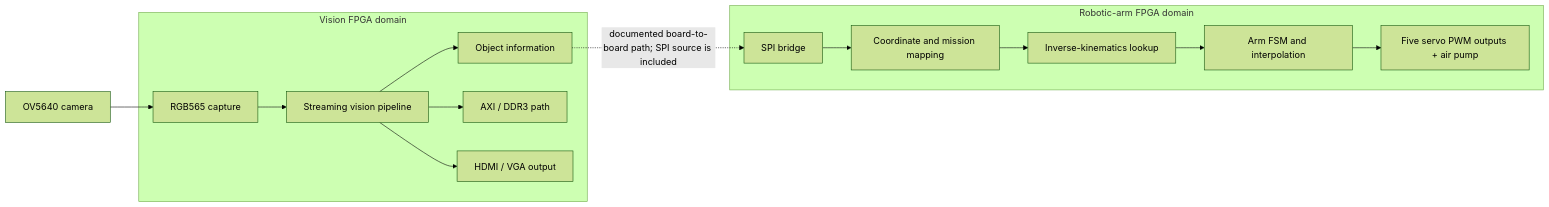
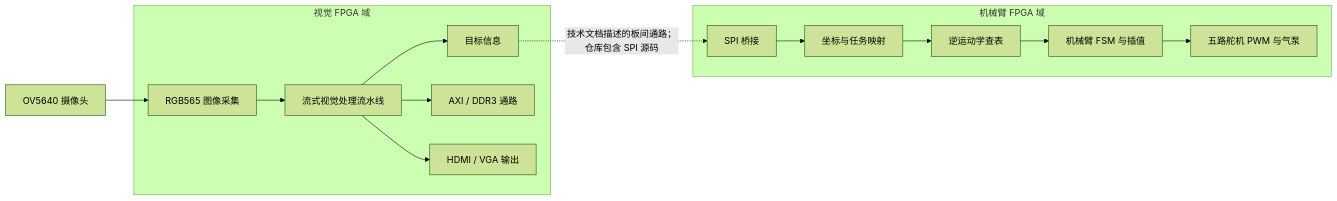
The first of 2 diagrams in README.md (WangBaren02/Image-acquisition-and-recognition-robotic-arm-analysis-and-control-system-based-on-FPGA), drawn with Mermaid (forest theme) before and after one commit. The commit also changed other lines of this file, not shown here.

````diff
--- a/README.md
+++ b/README.md
@@ -27,24 +27,24 @@
 ```mermaid
 flowchart LR
-    CAM[OV5640 camera]
-    subgraph VISION[Vision FPGA domain]
-        CAP[RGB565 capture]
-        PIPE[Streaming vision pipeline]
-        OBJ[Object information]
-        MEM[AXI / DDR3 path]
-        DISP[HDMI / VGA output]
+    CAM[OV5640 摄像头]
+    subgraph VISION[视觉 FPGA 域]
+        CAP[RGB565 图像采集]
+        PIPE[流式视觉处理流水线]
+        OBJ[目标信息]
+        MEM[AXI / DDR3 通路]
+        DISP[HDMI / VGA 输出]
     end
-    subgraph ARM[Robotic-arm FPGA domain]
-        SPI[SPI bridge]
-        MAP[Coordinate and mission mapping]
-        IK[Inverse-kinematics lookup]
-        FSM[Arm FSM and interpolation]
-        ACT[Five servo PWM outputs + air pump]
+    subgraph ARM[机械臂 FPGA 域]
+        SPI[SPI 桥接]
+        MAP[坐标与任务映射]
+        IK[逆运动学查表]
+        FSM[机械臂 FSM 与插值]
+        ACT[五路舵机 PWM 与气泵]
     end
 
     CAM --> CAP --> PIPE --> OBJ
     PIPE --> MEM
     PIPE --> DISP
-    OBJ -. "documented board-to-board path; SPI source is included" .-> SPI
+    OBJ -. "技术文档描述的板间通路；仓库包含 SPI 源码" .-> SPI
     SPI --> MAP --> IK --> FSM --> ACT
 ```
````
